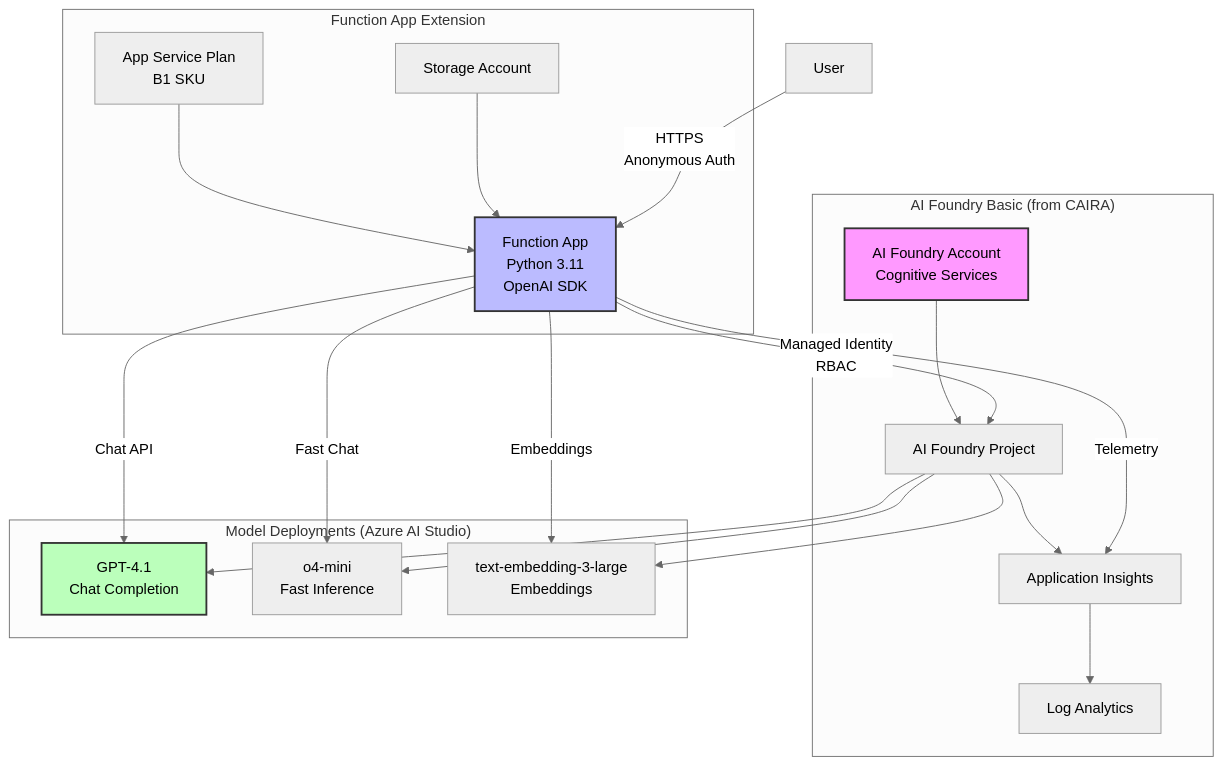
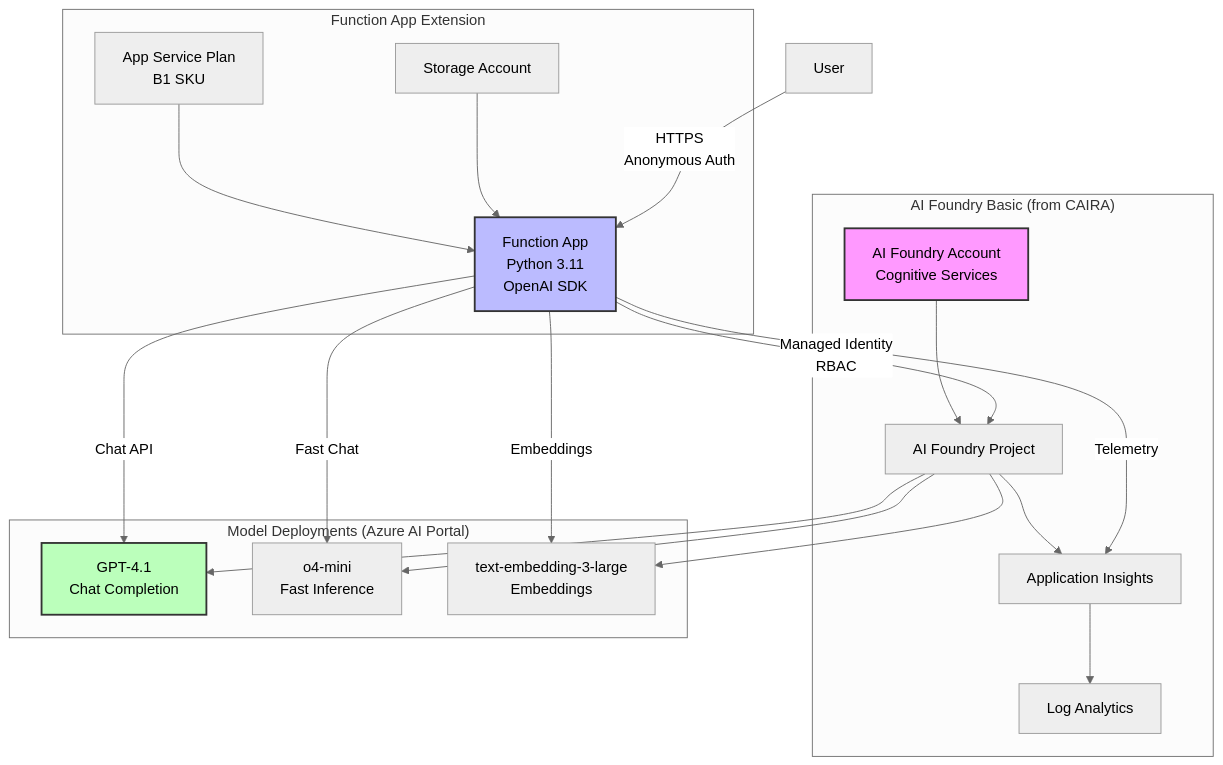
The diagram in guides/implement_ai_foundry_basic_with_azure_function_integration/assets/architecture.mmd (mluker/CAIRA), drawn with Mermaid (neutral theme) before and after one commit. The commit also changed 5 other files, not shown here.

```diff
--- a/guides/implement_ai_foundry_basic_with_azure_function_integration/assets/architecture.mmd
+++ b/guides/implement_ai_foundry_basic_with_azure_function_integration/assets/architecture.mmd
@@ -1,42 +1,42 @@
 graph TB
     subgraph "AI Foundry Basic (from CAIRA)"
         AIF[AI Foundry Account<br/>Cognitive Services]
         AIP[AI Foundry Project]
         AI[Application Insights]
         LAW[Log Analytics]
 
         AIF --> AIP
         AIP --> AI
         AI --> LAW
     end
 
     subgraph "Function App Extension"
         FA[Function App<br/>Python 3.11<br/>OpenAI SDK]
         ASP[App Service Plan<br/>B1 SKU]
         SA[Storage Account]
 
         ASP --> FA
         SA --> FA
     end
 
-    subgraph "Model Deployments (Azure AI Studio)"
+    subgraph "Model Deployments (Azure AI Portal)"
         MD1[GPT-4.1<br/>Chat Completion]
         MD2[o4-mini<br/>Fast Inference]
         MD3[text-embedding-3-large<br/>Embeddings]
 
         AIP --> MD1
         AIP --> MD2
         AIP --> MD3
     end
 
     FA -->|Managed Identity<br/>RBAC| AIP
     FA -->|Telemetry| AI
 
     User[User] -->|HTTPS<br/>Anonymous Auth| FA
     FA -->|Chat API| MD1
     FA -->|Fast Chat| MD2
     FA -->|Embeddings| MD3
 
     style AIF fill:#f9f,stroke:#333,stroke-width:2px
     style FA fill:#bbf,stroke:#333,stroke-width:2px
     style MD1 fill:#bfb,stroke:#333,stroke-width:2px
```
